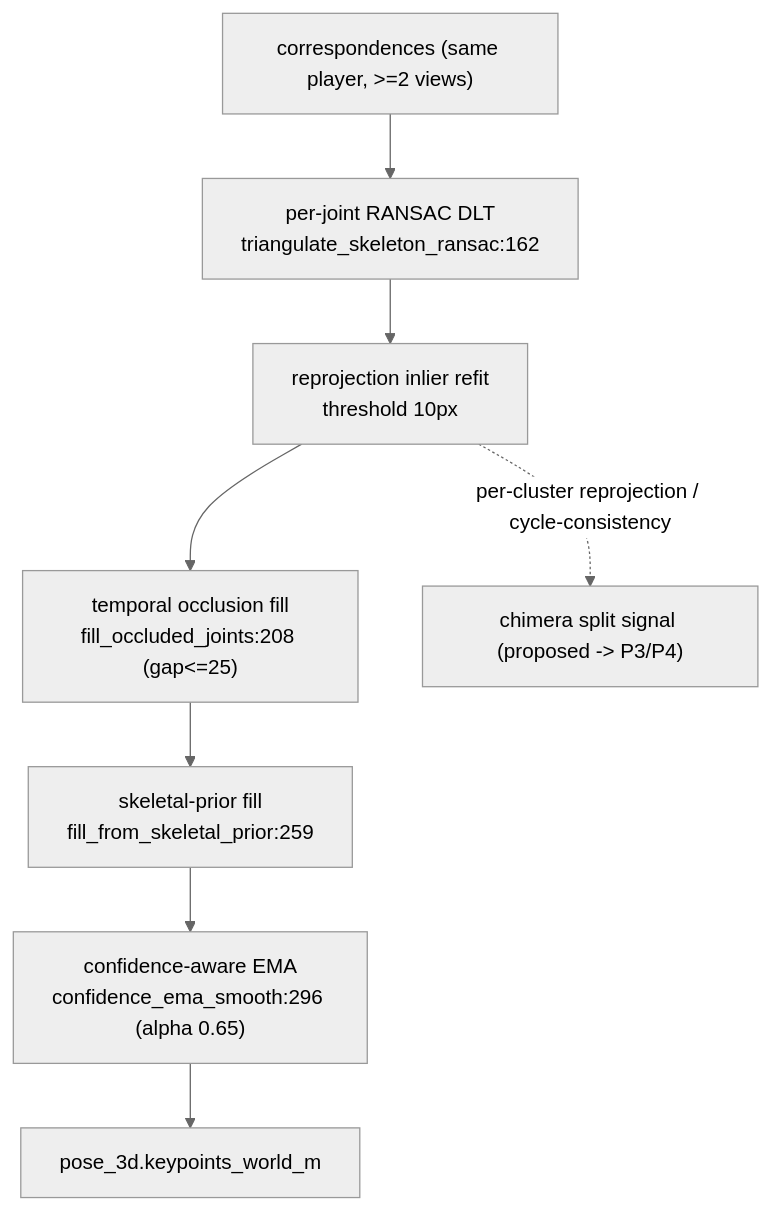
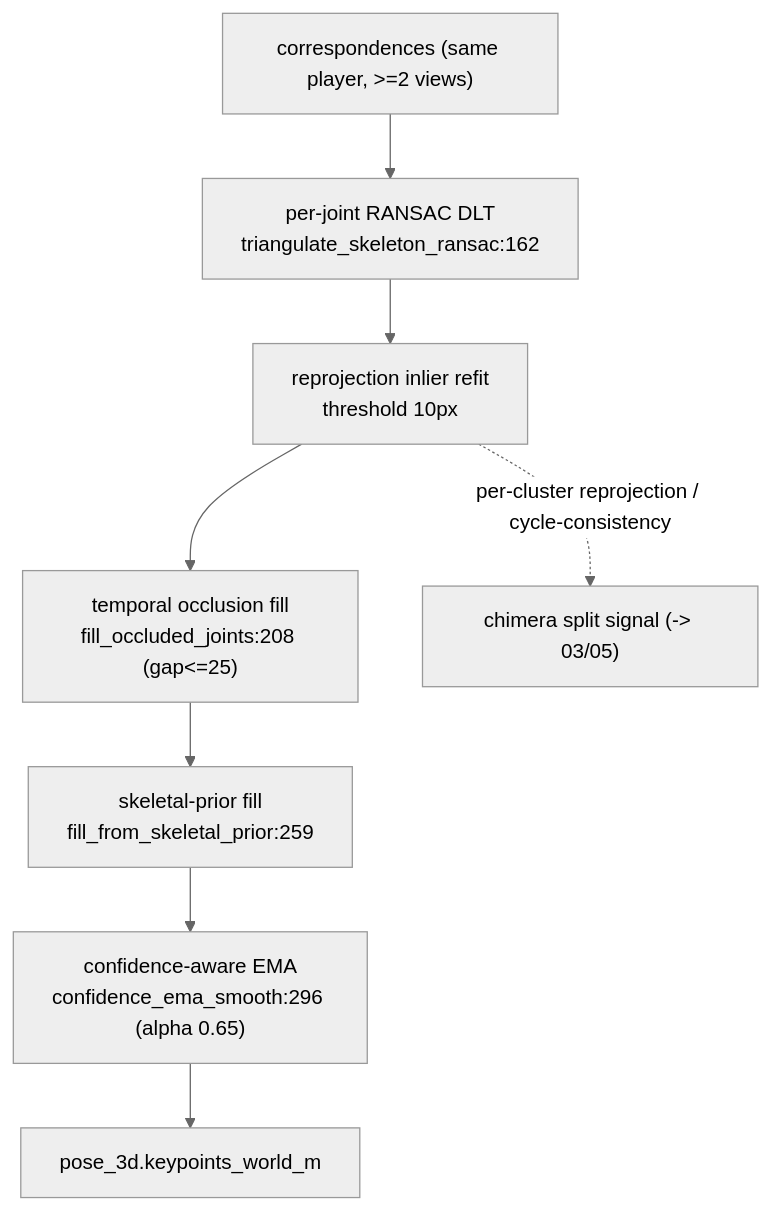
One commit to aksh-0407/pose-estimation-benchmark changed the diagram in docs/pipeline/04-lift.md. Above: the diagram before and after it, drawn with Mermaid (neutral theme). The commit also changed other lines of this file and 9 other files, not shown here.

````diff
--- a/docs/pipeline/04-lift.md
+++ b/docs/pipeline/04-lift.md
@@ -24,10 +26,10 @@
 ```mermaid
 flowchart TD
   C["correspondences (same player, >=2 views)"] --> T["per-joint RANSAC DLT<br/>triangulate_skeleton_ransac:162"]
   T --> R["reprojection inlier refit<br/>threshold 10px"]
   R --> F["temporal occlusion fill<br/>fill_occluded_joints:208 (gap<=25)"]
   F --> S["skeletal-prior fill<br/>fill_from_skeletal_prior:259"]
   S --> E["confidence-aware EMA<br/>confidence_ema_smooth:296 (alpha 0.65)"]
   E --> OUT["pose_3d.keypoints_world_m"]
-  R -. per-cluster reprojection / cycle-consistency .-> SPLIT["chimera split signal (proposed -> P3/P4)"]
+  R -. per-cluster reprojection / cycle-consistency .-> SPLIT["chimera split signal (-> 03/05)"]
 ```
````
